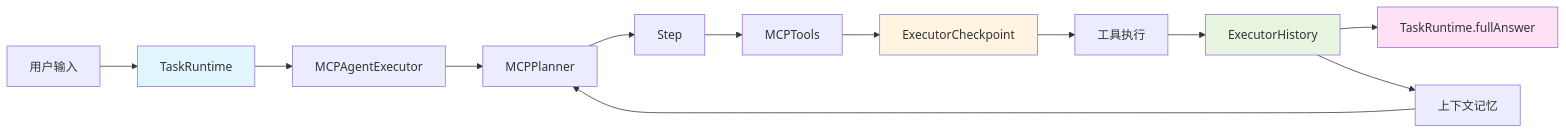
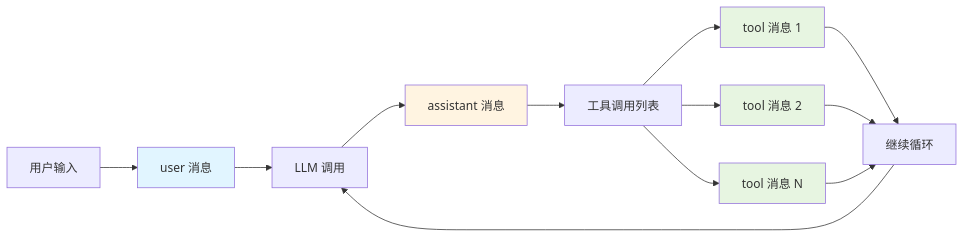
The tenth of 13 diagrams in design/executor/agent.md (openeuler-mirror/euler-copilot-framework), drawn with Mermaid before and after one commit. The commit also changed other lines of this file and 3 other files, not shown here.

````diff
--- a/design/executor/agent.md
+++ b/design/executor/agent.md
@@ -891,19 +1225,20 @@
 ```mermaid
 graph LR
-    A[用户输入] --> B[TaskRuntime]
-    B --> C[MCPAgentExecutor]
-    C --> D[MCPPlanner]
-    D --> E[Step]
-    E --> F[MCPTools]
-    F --> G[ExecutorCheckpoint]
-    G --> H[工具执行]
-    H --> I[ExecutorHistory]
-    I --> J[TaskRuntime.fullAnswer]
-    I --> K[上下文记忆]
-    K --> D
+    A[用户输入] --> B[user 消息]
+    B --> C[LLM 调用]
+    C --> D[assistant 消息]
+    D --> E[工具调用列表]
+    E --> F1[tool 消息 1]
+    E --> F2[tool 消息 2]
+    E --> F3[tool 消息 N]
+    F1 --> G[继续循环]
+    F2 --> G
+    F3 --> G
+    G --> C
 
     style B fill:#e1f5ff
-    style G fill:#fff4e1
-    style I fill:#e7f5e1
-    style J fill:#ffe1f5
+    style D fill:#fff4e1
+    style F1 fill:#e7f5e1
+    style F2 fill:#e7f5e1
+    style F3 fill:#e7f5e1
 ```
````
